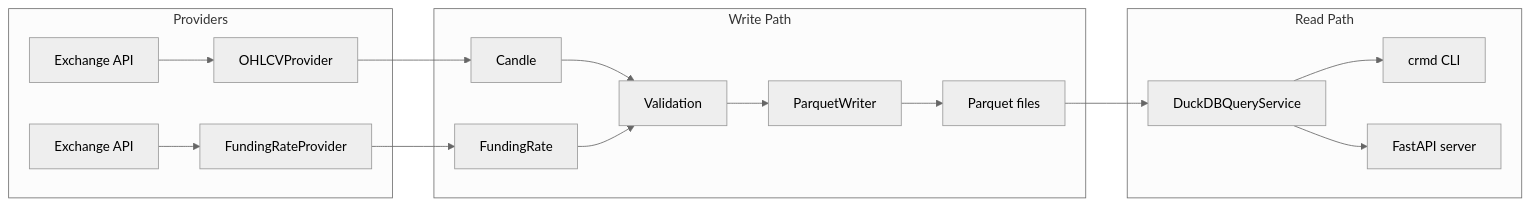
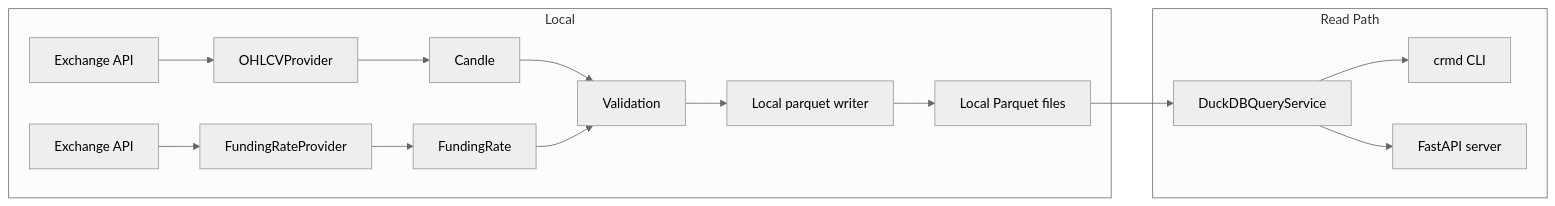
The first of 2 diagrams in README.md (bigmikecreates/crypto-market-data-platform), drawn with Mermaid (neutral theme) before and after one commit. The commit also changed other lines of this file, not shown here.

Commit message:
docs: split README mermaid into local and cloud (Azure) diagrams

````diff
--- a/README.md
+++ b/README.md
@@ -17,19 +17,17 @@
 ```mermaid
 graph LR
-    subgraph Providers
+    subgraph Local
         A1[Exchange API] --> B1[OHLCVProvider]
         A2[Exchange API] --> B2[FundingRateProvider]
-    end
-    subgraph Write Path
         B1 --> C1[Candle]
         B2 --> C2[FundingRate]
         C1 & C2 --> D[Validation]
-        D --> E[ParquetWriter]
-        E --> F[Parquet files]
+        D --> E[Local parquet writer]
+        E --> F[Local Parquet files]
     end
     subgraph Read Path
         F --> G[DuckDBQueryService]
         G --> H[crmd CLI]
         G --> I[FastAPI server]
     end
 ```
````
